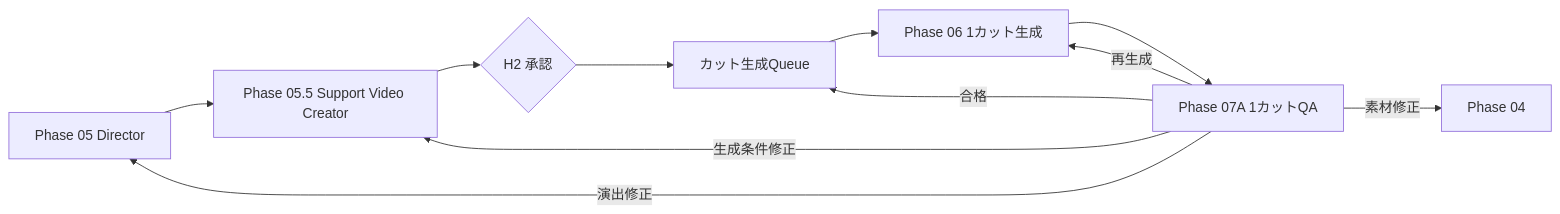
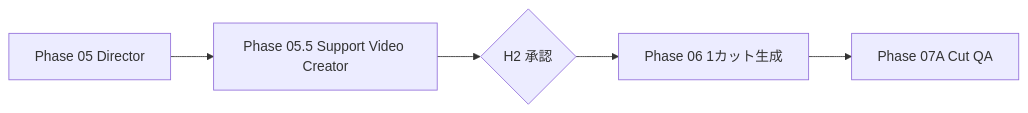
Before and after one commit to kawaharakoshiro23h-source/Agewec: the diagram in workflow_v2/PHASE_06_IMAGE_VIDEO_PRODUCTION.md, drawn with Mermaid. The commit also changed other lines of this file and 39 other files, not shown here.

````diff
--- a/workflow_v2/PHASE_06_IMAGE_VIDEO_PRODUCTION.md
+++ b/workflow_v2/PHASE_06_IMAGE_VIDEO_PRODUCTION.md
@@ -22,13 +12,7 @@
 ```mermaid
 flowchart LR
     D["Phase 05 Director"] --> S["Phase 05.5 Support Video Creator"]
     S --> H2{"H2 承認"}
-    H2 --> Q["カット生成Queue"]
-    Q --> P["Phase 06 1カット生成"]
-    P --> V["Phase 07A 1カットQA"]
-    V -->|"合格"| Q
-    V -->|"再生成"| P
-    V -->|"生成条件修正"| S
-    V -->|"演出修正"| D
-    V -->|"素材修正"| A["Phase 04"]
+    H2 --> P["Phase 06 1カット生成"]
+    P --> Q["Phase 07A Cut QA"]
 ```
````
